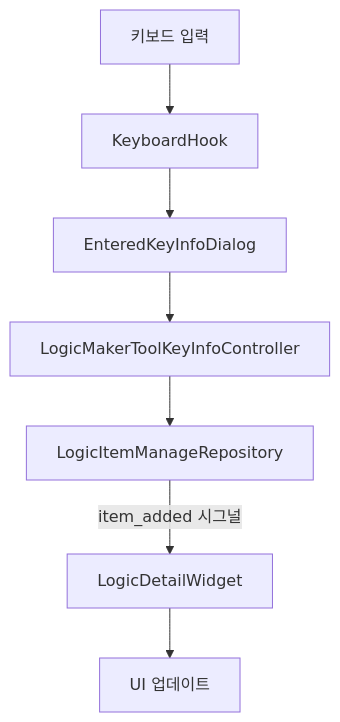
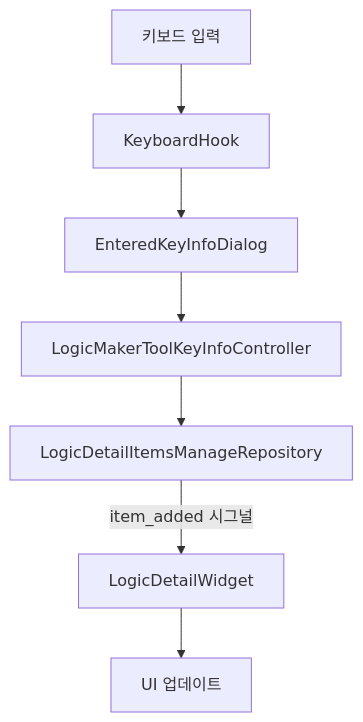
Before and after one commit to ayc0735work/ddoky: the diagram in BE/Doc/Key_Info_Input.md, drawn with Mermaid. The commit also changed other lines of this file and 5 other files, not shown here.

Commit message:
LogicDetailItemsManageRepository 클래스 매서드 이름 변경

````diff
--- a/BE/Doc/Key_Info_Input.md
+++ b/BE/Doc/Key_Info_Input.md
@@ -165,9 +165,9 @@
 ```mermaid
 graph TD
     A[키보드 입력] --> B[KeyboardHook]
     B --> C[EnteredKeyInfoDialog]
     C --> D[LogicMakerToolKeyInfoController]
-    D --> E[LogicItemManageRepository]
+    D --> E[LogicDetailItemsManageRepository]
     E -- item_added 시그널 --> F[LogicDetailWidget]
     F --> G[UI 업데이트]
 ```
````
